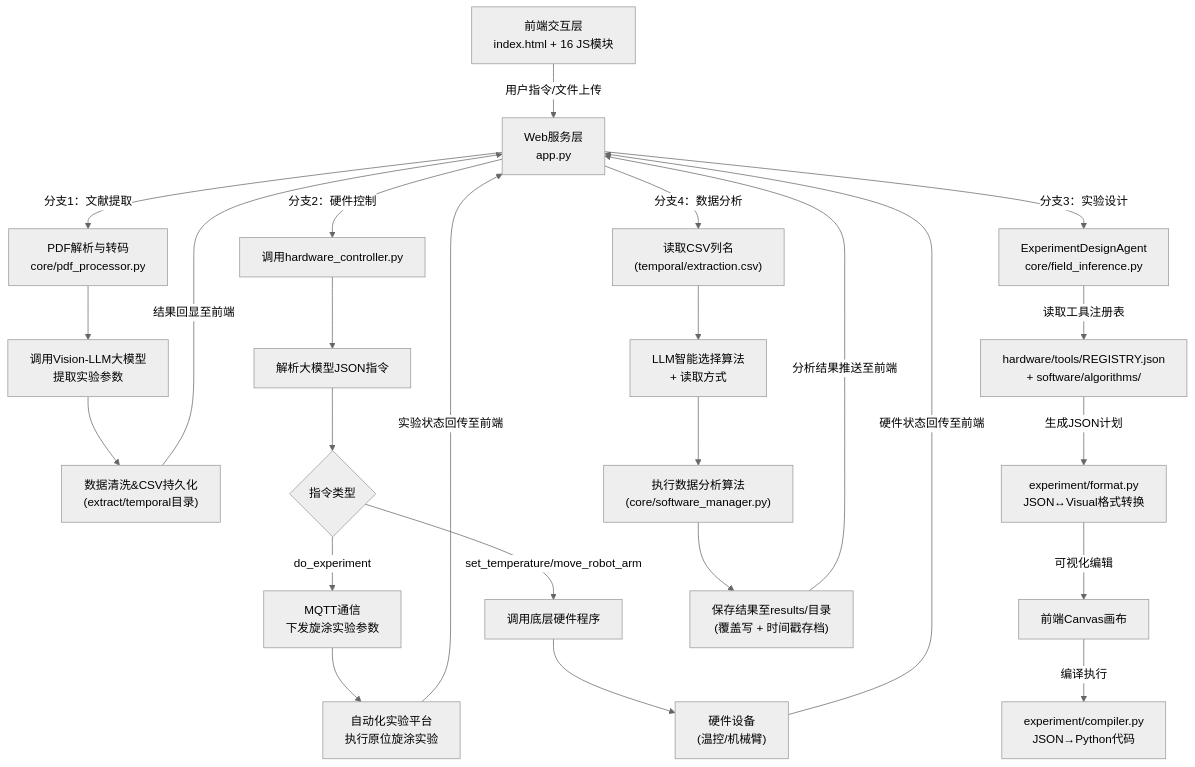
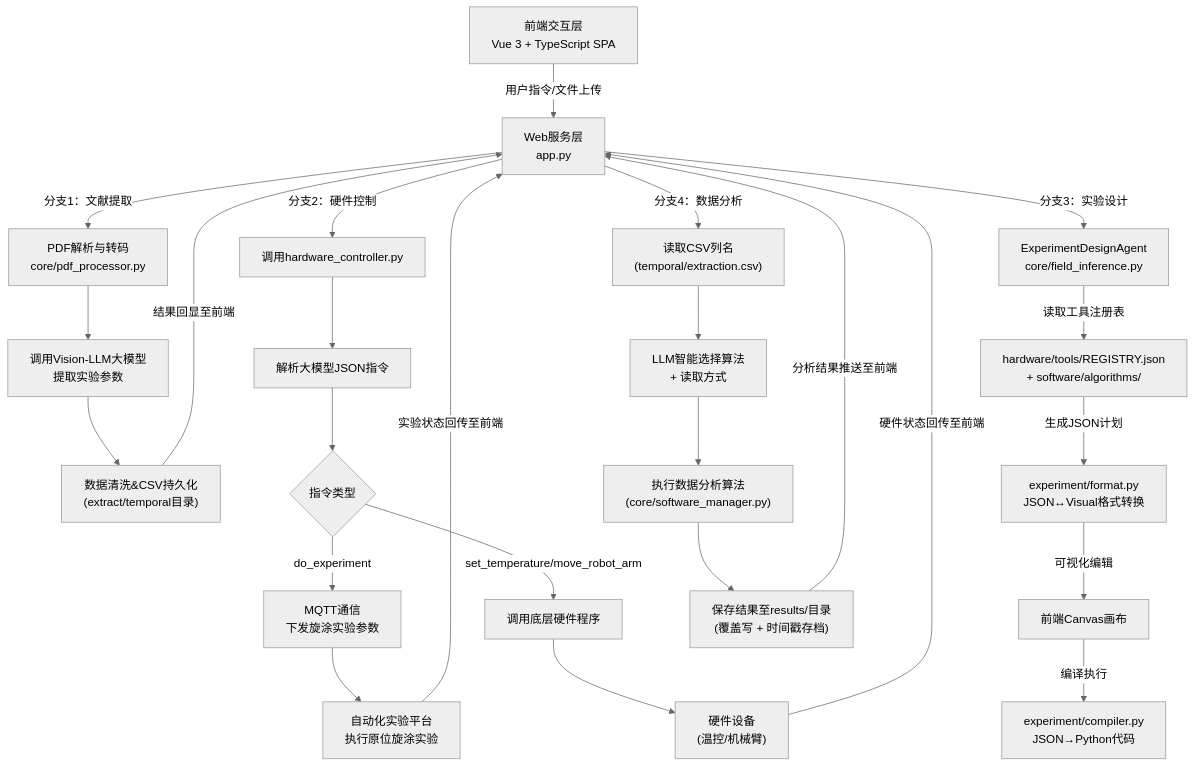
The diagram in README.md (laikaixiang/SDL_agent), drawn with Mermaid (neutral theme) before and after one commit. The commit also changed other lines of this file and 2 other files, not shown here.

````diff
--- a/README.md
+++ b/README.md
@@ -24,38 +24,38 @@
 ```mermaid
 flowchart TD
-    A["前端交互层<br/>index.html + 16 JS模块"] -->|用户指令/文件上传| B["Web服务层<br/>app.py"]
+    A["前端交互层<br/>Vue 3 + TypeScript SPA"] -->|用户指令/文件上传| B["Web服务层<br/>app.py"]
 
     %% 文献提取分支
     B -->|分支1：文献提取| C["PDF解析与转码<br/>core/pdf_processor.py"]
     C --> D["调用Vision-LLM大模型<br/>提取实验参数"]
     D --> E["数据清洗&CSV持久化<br/>(extract/temporal目录)"]
     E -->|结果回显至前端| B
 
     %% 硬件控制分支
     B -->|分支2：硬件控制| F["调用hardware_controller.py"]
     F --> G["解析大模型JSON指令"]
     G --> H{"指令类型"}
 
     %% 指令类型分支
     H -->|do_experiment| I["MQTT通信<br/>下发旋涂实验参数"]
     I --> K["自动化实验平台<br/>执行原位旋涂实验"]
     K -->|实验状态回传至前端| B
 
     H -->|set_temperature/move_robot_arm| J["调用底层硬件程序"]
     J --> L["硬件设备<br/>(温控/机械臂)"]
     L -->|硬件状态回传至前端| B
 
     %% 实验设计分支
     B -->|分支3：实验设计| M["ExperimentDesignAgent<br/>core/field_inference.py"]
     M -->|读取工具注册表| N["hardware/tools/REGISTRY.json<br/>+ software/algorithms/"]
     N -->|生成JSON计划| O["experiment/format.py<br/>JSON↔Visual格式转换"]
     O -->|可视化编辑| P["前端Canvas画布"]
     P -->|编译执行| Q["experiment/compiler.py<br/>JSON→Python代码"]
 
     %% 数据分析分支
     B -->|分支4：数据分析| R["读取CSV列名<br/>(temporal/extraction.csv)"]
     R --> S["LLM智能选择算法<br/>+ 读取方式"]
     S --> T["执行数据分析算法<br/>(core/software_manager.py)"]
     T --> U["保存结果至results/目录<br/>(覆盖写 + 时间戳存档)"]
     U -->|分析结果推送至前端| B
 ```
````
